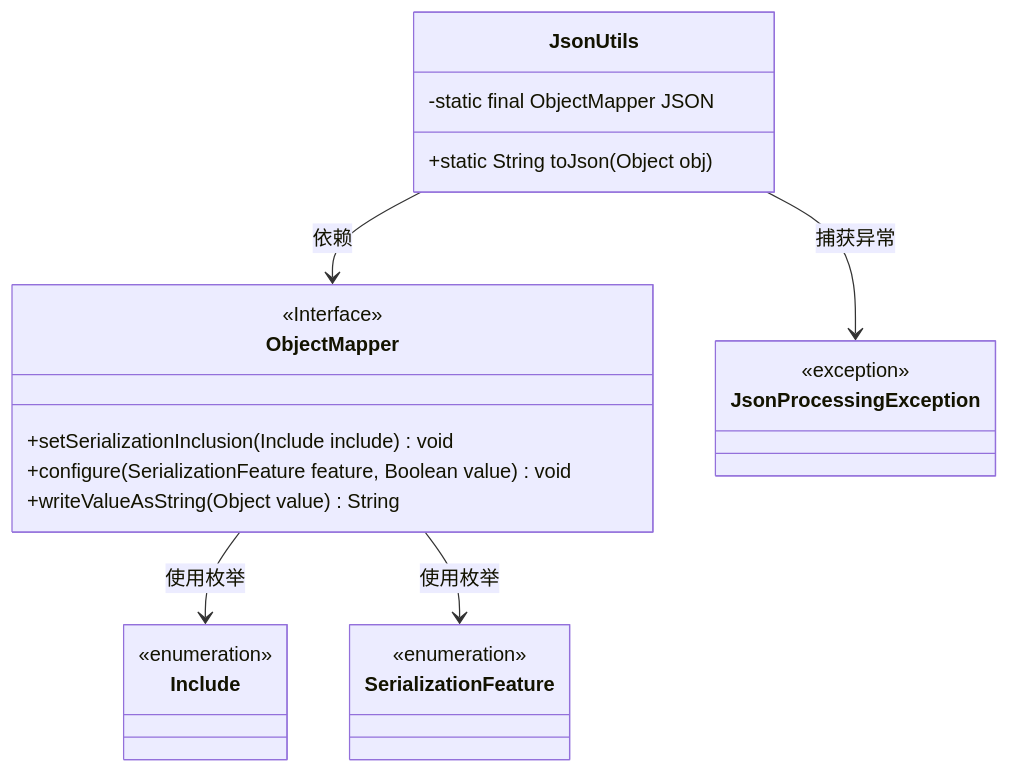
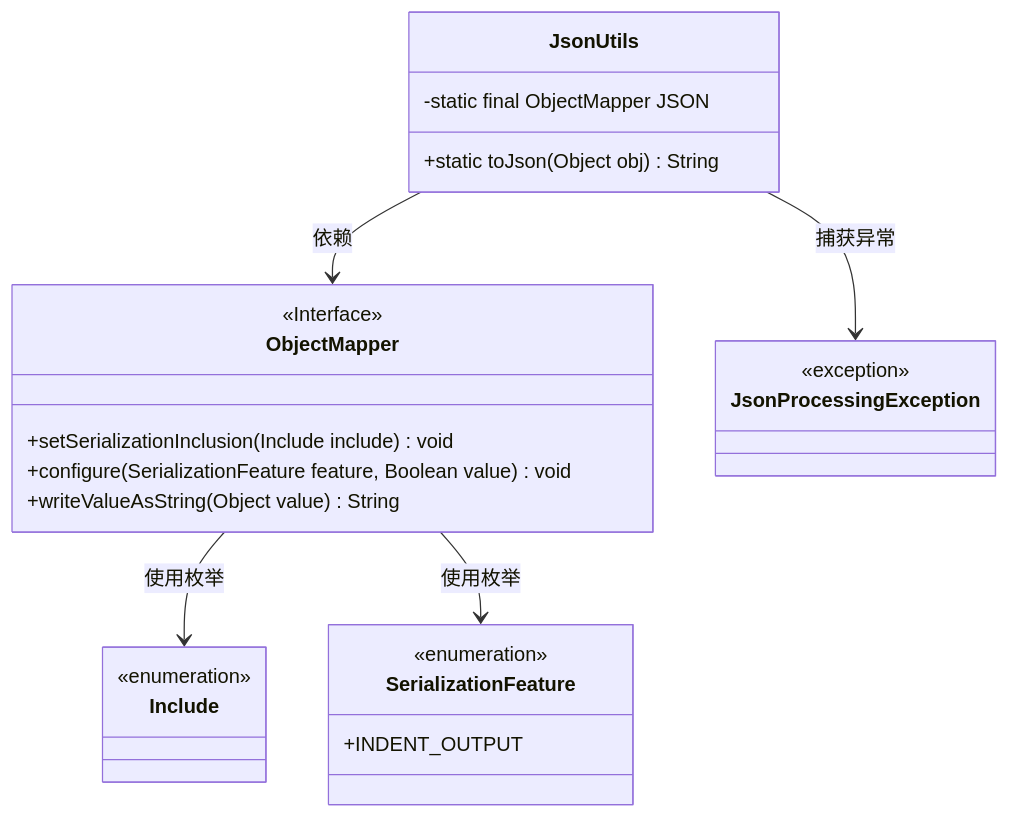
The first of 2 diagrams in docs/zh/docs/src/main/java/com/github/binarywang/demo/wx/miniapp/utils/JsonUtils.md (v-wjrong/binary_weixin-java-miniapp-demo), drawn with Mermaid before and after one commit. The commit also changed other lines of this file and 47 other files, not shown here.

````diff
--- a/docs/zh/docs/src/main/java/com/github/binarywang/demo/wx/miniapp/utils/JsonUtils.md
+++ b/docs/zh/docs/src/main/java/com/github/binarywang/demo/wx/miniapp/utils/JsonUtils.md
@@ -36,31 +36,32 @@
 ```mermaid
 classDiagram
     class JsonUtils {
         -static final ObjectMapper JSON
-        +static String toJson(Object obj)
+        +static toJson(Object obj) String
     }
 
     class ObjectMapper {
         <<Interface>>
         +setSerializationInclusion(Include include) void
         +configure(SerializationFeature feature, Boolean value) void
         +writeValueAsString(Object value) String
     }
 
     class Include {
         <<enumeration>>
     }
 
     class SerializationFeature {
         <<enumeration>>
+        +INDENT_OUTPUT
     }
 
     class JsonProcessingException {
         <<exception>>
     }
 
     JsonUtils --> ObjectMapper : 依赖
     JsonUtils --> JsonProcessingException : 捕获异常
     ObjectMapper --> Include : 使用枚举
     ObjectMapper --> SerializationFeature : 使用枚举
 ```
````
